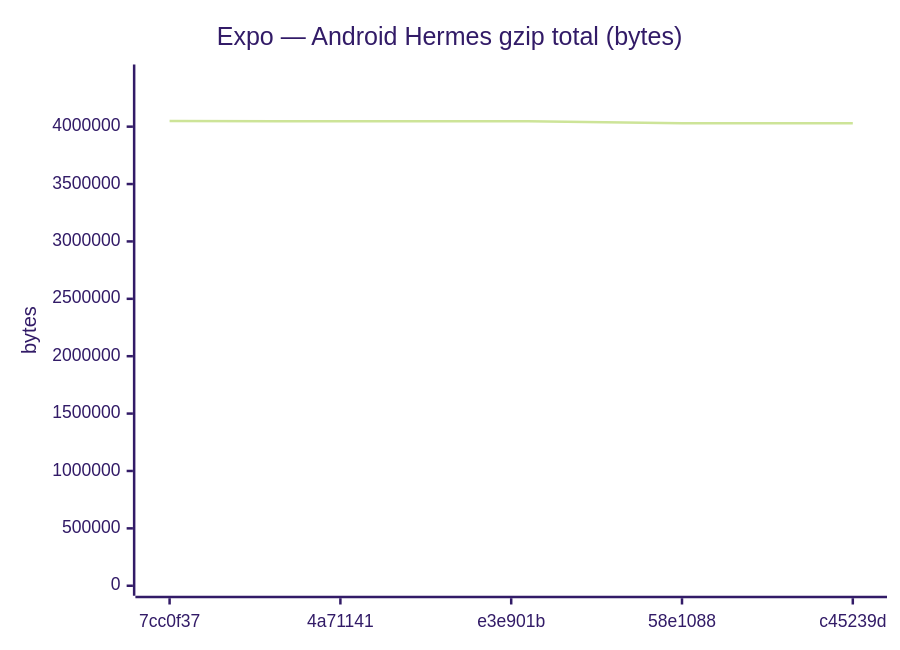
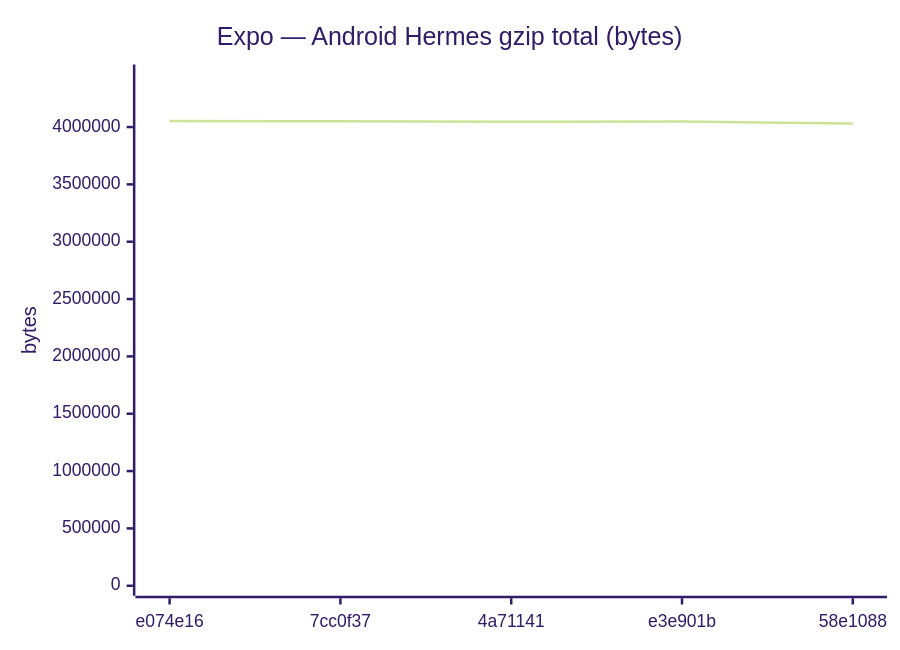
Diagram 11 of 18 in benchmarks/compare.md (Metaheurist/Rianell), drawn with Mermaid (forest theme) before and after one commit. The commit also changed other lines of this file and 11 other files, not shown here.

````diff
--- a/benchmarks/compare.md
+++ b/benchmarks/compare.md
@@ -172,7 +172,7 @@
 ```mermaid
 xychart-beta
     title "Expo — Android Hermes gzip total (bytes)"
-    x-axis ["7cc0f37", "4a71141", "e3e901b", "58e1088", "c45239d"]
-    y-axis "bytes" 0 --> 4454393
-    line [4049448, 4046554, 4048091, 4030638, 4030634]
+    x-axis ["e074e16", "7cc0f37", "4a71141", "e3e901b", "58e1088"]
+    y-axis "bytes" 0 --> 4458095
+    line [4052813, 4049448, 4046554, 4048091, 4030638]
 ```
````
